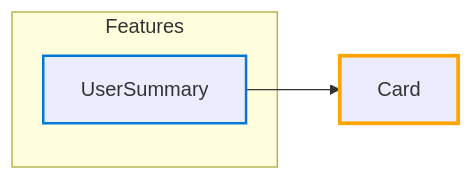
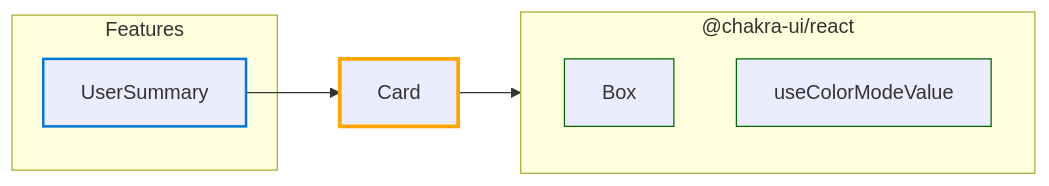
One commit to star4beam/react-package-analyzer changed the diagram in test-project-import-analysis/hubs/Card.md. Above: the diagram before and after it, drawn with Mermaid. The commit also changed other lines of this file and 5 other files, not shown here.

````diff
--- a/test-project-import-analysis/hubs/Card.md
+++ b/test-project-import-analysis/hubs/Card.md
@@ -15,27 +15,36 @@
 ```mermaid
 flowchart LR
     %% Node styles
     classDef feature stroke:#0078d7,stroke-width:2px
     classDef currentHub stroke:#ffa500,stroke-width:3px
     classDef main stroke:#d04a02,stroke-width:2px
     classDef intermediate stroke:#7e6000,stroke-width:2px
     classDef base stroke:#006400,stroke-width:2px
     classDef component stroke:#006400,stroke-width:1px
 
     %% Link styles
     linkStyle default stroke:#333,stroke-width:1px
     %% Use different arrow styles for dependency types
     %% Direct: solid line, Indirect: dashed line, Both: thick solid line
 
     hub_Card["Card"]
     class hub_Card currentHub
 
     %% Features that use this hub (directly or indirectly)
     subgraph Features["Features"]
         feature_UserSummary["UserSummary"]
         class feature_UserSummary feature
     end
 
     feature_UserSummary --> hub_Card
+    %% Components directly used by this hub
+    subgraph pkg__chakra_ui_react["@chakra-ui/react"]
+        comp__chakra_ui_react_Box["Box"]
+        class comp__chakra_ui_react_Box component
+        comp__chakra_ui_react_useColorModeValue["useColorModeValue"]
+        class comp__chakra_ui_react_useColorModeValue component
+    end
+    hub_Card --> pkg__chakra_ui_react
+
     %% Direct hub-to-hub connections
 ```
````
